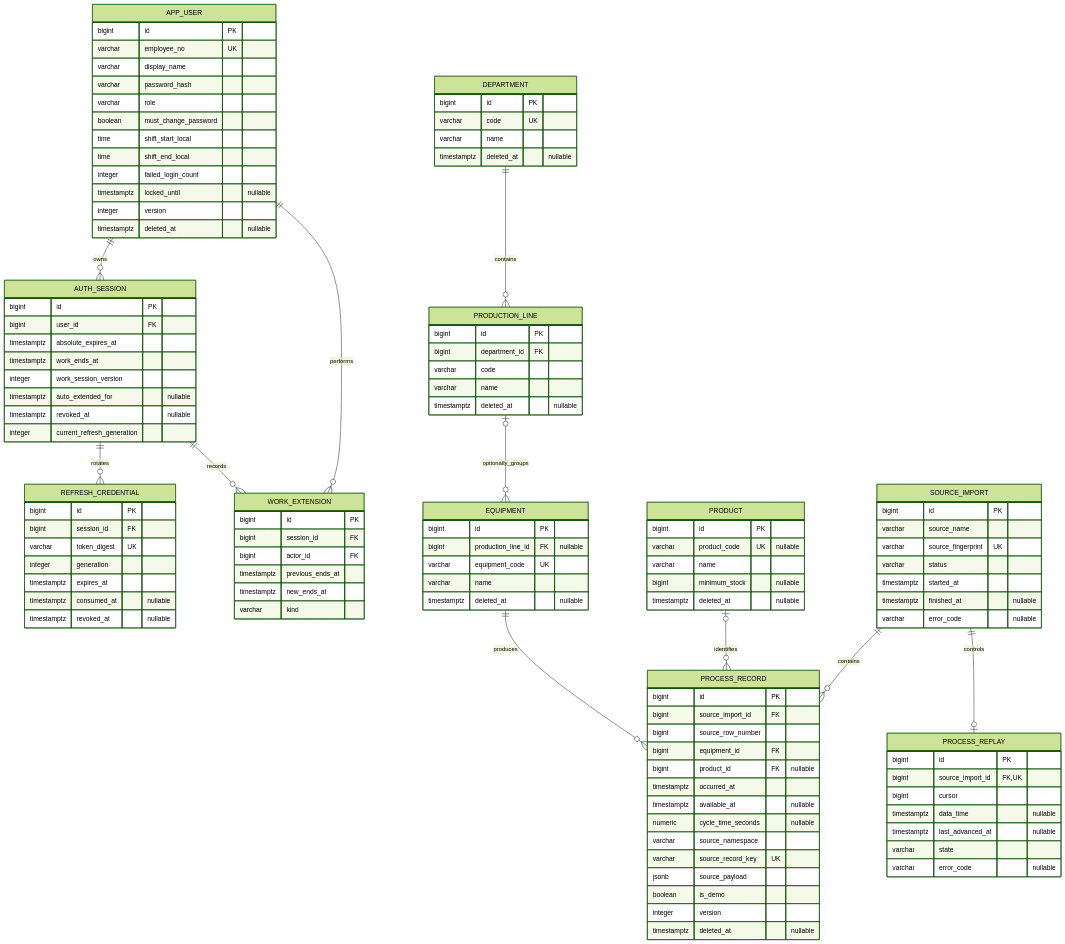
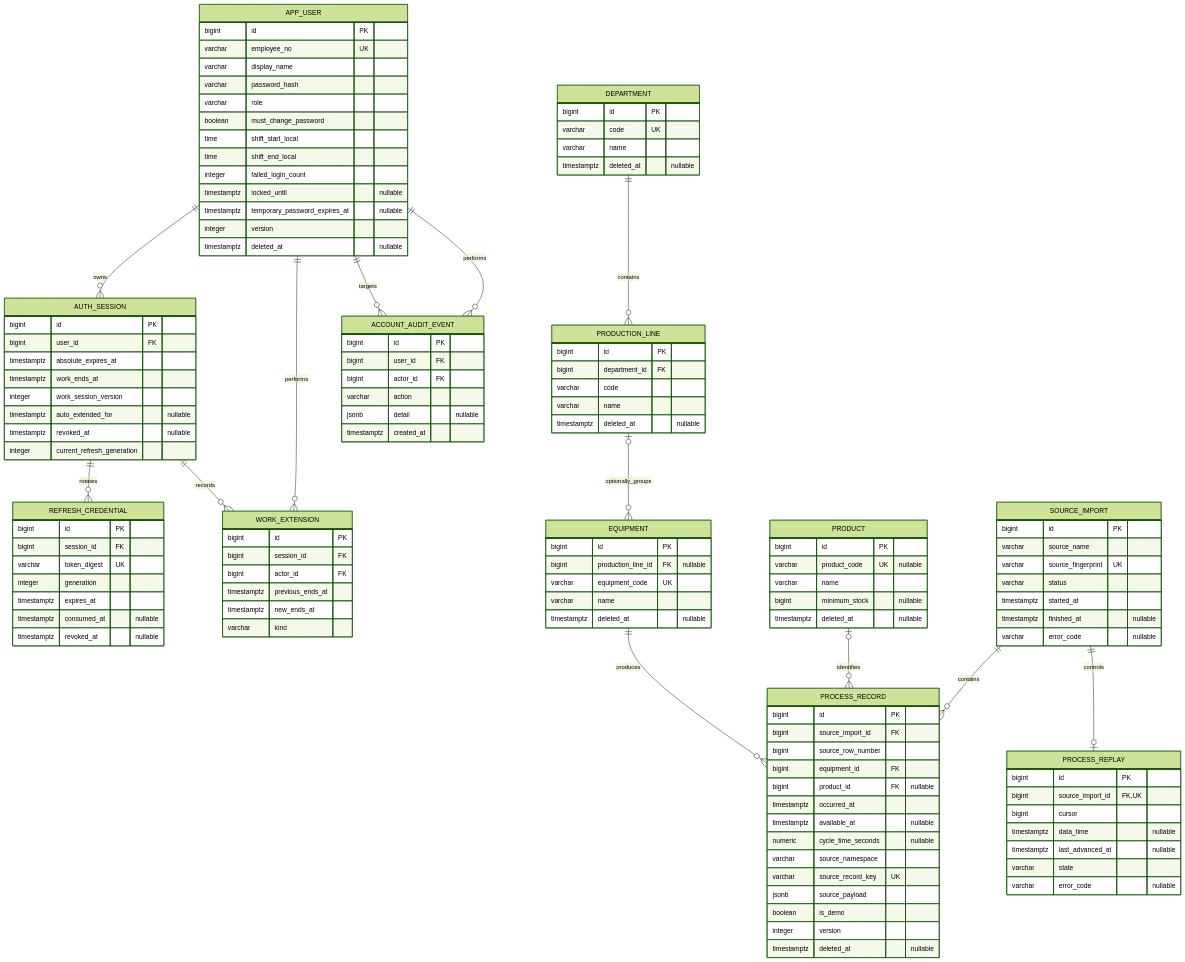
Before and after one commit to Hongssi96/sachulbanjang: the diagram in BE/docs/ERD.md, drawn with Mermaid (forest theme). The commit also changed other lines of this file and 7 other files, not shown here.

````diff
--- a/BE/docs/ERD.md
+++ b/BE/docs/ERD.md
@@ -16,8 +16,18 @@
         time shift_end_local
         integer failed_login_count
         timestamptz locked_until "nullable"
+        timestamptz temporary_password_expires_at "nullable"
         integer version
         timestamptz deleted_at "nullable"
+    }
+
+    ACCOUNT_AUDIT_EVENT {
+        bigint id PK
+        bigint user_id FK
+        bigint actor_id FK
+        varchar action
+        jsonb detail "nullable"
+        timestamptz created_at
     }
 
     AUTH_SESSION {
@@ -128,4 +138,6 @@
     AUTH_SESSION ||--o{ REFRESH_CREDENTIAL : rotates
     AUTH_SESSION ||--o{ WORK_EXTENSION : records
     APP_USER ||--o{ WORK_EXTENSION : performs
+    APP_USER ||--o{ ACCOUNT_AUDIT_EVENT : targets
+    APP_USER ||--o{ ACCOUNT_AUDIT_EVENT : performs
 ```
````
